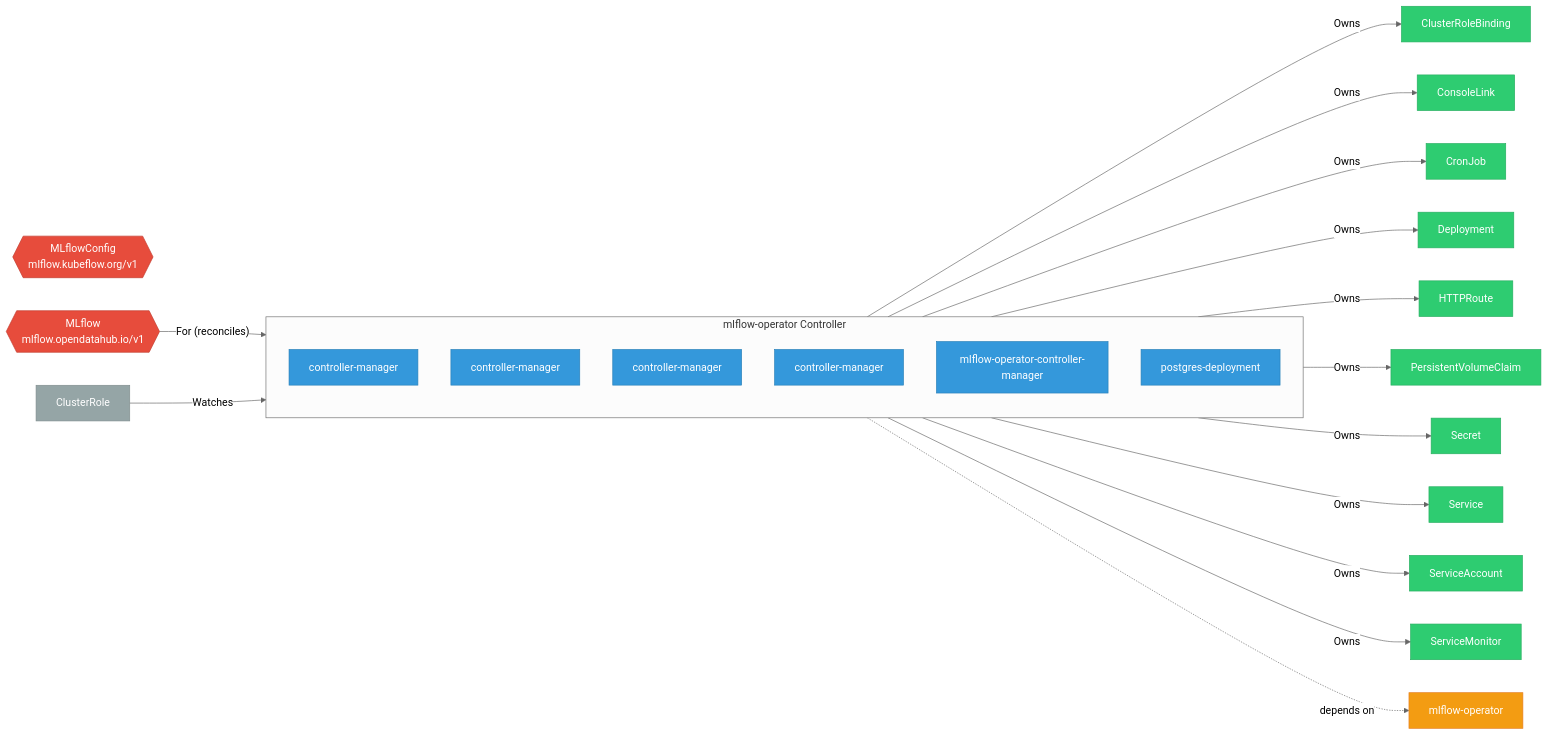
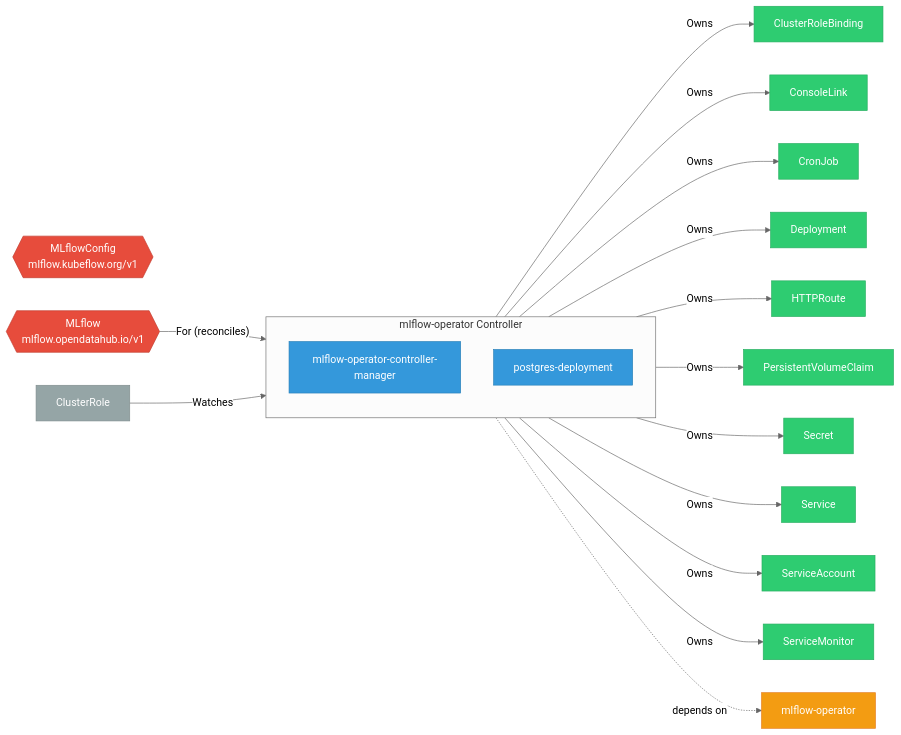
One commit to ugiordan/architecture-analyzer changed the diagram in site/docs/odh-platform/components/mlflow_operator/index.md. Above: the diagram before and after it, drawn with Mermaid (neutral theme). The commit also changed other lines of this file and 299 other files, not shown here.

````diff
--- a/site/docs/odh-platform/components/mlflow_operator/index.md
+++ b/site/docs/odh-platform/components/mlflow_operator/index.md
@@ -25,55 +25,47 @@
 ```mermaid
 graph LR
     %% Component architecture for mlflow-operator
 
     classDef crd fill:#e74c3c,stroke:#c0392b,color:#fff
     classDef controller fill:#3498db,stroke:#2980b9,color:#fff
     classDef owned fill:#2ecc71,stroke:#27ae60,color:#fff
     classDef external fill:#95a5a6,stroke:#7f8c8d,color:#fff
     classDef dep fill:#f39c12,stroke:#e67e22,color:#fff
 
     subgraph controller["mlflow-operator Controller"]
-        dep_1["controller-manager"]
+        dep_1["mlflow-operator-controller-manager"]
         class dep_1 controller
-        dep_2["controller-manager"]
+        dep_2["postgres-deployment"]
         class dep_2 controller
-        dep_3["controller-manager"]
-        class dep_3 controller
-        dep_4["controller-manager"]
-        class dep_4 controller
-        dep_5["mlflow-operator-controller-manager"]
-        class dep_5 controller
-        dep_6["postgres-deployment"]
-        class dep_6 controller
     end
 
     crd_MLflowConfig{{"MLflowConfig\nmlflow.kubeflow.org/v1"}}
     class crd_MLflowConfig crd
     crd_MLflow{{"MLflow\nmlflow.opendatahub.io/v1"}}
     class crd_MLflow crd
     crd_MLflow -->|"For (reconciles)"| controller
-    controller -->|"Owns"| owned_7["ClusterRoleBinding"]
+    controller -->|"Owns"| owned_3["ClusterRoleBinding"]
+    class owned_3 owned
+    controller -->|"Owns"| owned_4["ConsoleLink"]
+    class owned_4 owned
+    controller -->|"Owns"| owned_5["CronJob"]
+    class owned_5 owned
+    controller -->|"Owns"| owned_6["Deployment"]
+    class owned_6 owned
+    controller -->|"Owns"| owned_7["HTTPRoute"]
     class owned_7 owned
-    controller -->|"Owns"| owned_8["ConsoleLink"]
+    controller -->|"Owns"| owned_8["PersistentVolumeClaim"]
     class owned_8 owned
-    controller -->|"Owns"| owned_9["CronJob"]
+    controller -->|"Owns"| owned_9["Secret"]
     class owned_9 owned
-    controller -->|"Owns"| owned_10["Deployment"]
+    controller -->|"Owns"| owned_10["Service"]
     class owned_10 owned
-    controller -->|"Owns"| owned_11["HTTPRoute"]
+    controller -->|"Owns"| owned_11["ServiceAccount"]
     class owned_11 owned
-    controller -->|"Owns"| owned_12["PersistentVolumeClaim"]
+    controller -->|"Owns"| owned_12["ServiceMonitor"]
     class owned_12 owned
-    controller -->|"Owns"| owned_13["Secret"]
-    class owned_13 owned
-    controller -->|"Owns"| owned_14["Service"]
-    class owned_14 owned
-    controller -->|"Owns"| owned_15["ServiceAccount"]
-    class owned_15 owned
-    controller -->|"Owns"| owned_16["ServiceMonitor"]
-    class owned_16 owned
-    watch_17["ClusterRole"] -->|"Watches"| controller
-    class watch_17 external
-    controller -.->|"depends on"| odh_18["mlflow-operator"]
-    class odh_18 dep
+    watch_13["ClusterRole"] -->|"Watches"| controller
+    class watch_13 external
+    controller -.->|"depends on"| odh_14["mlflow-operator"]
+    class odh_14 dep
 ```
````
